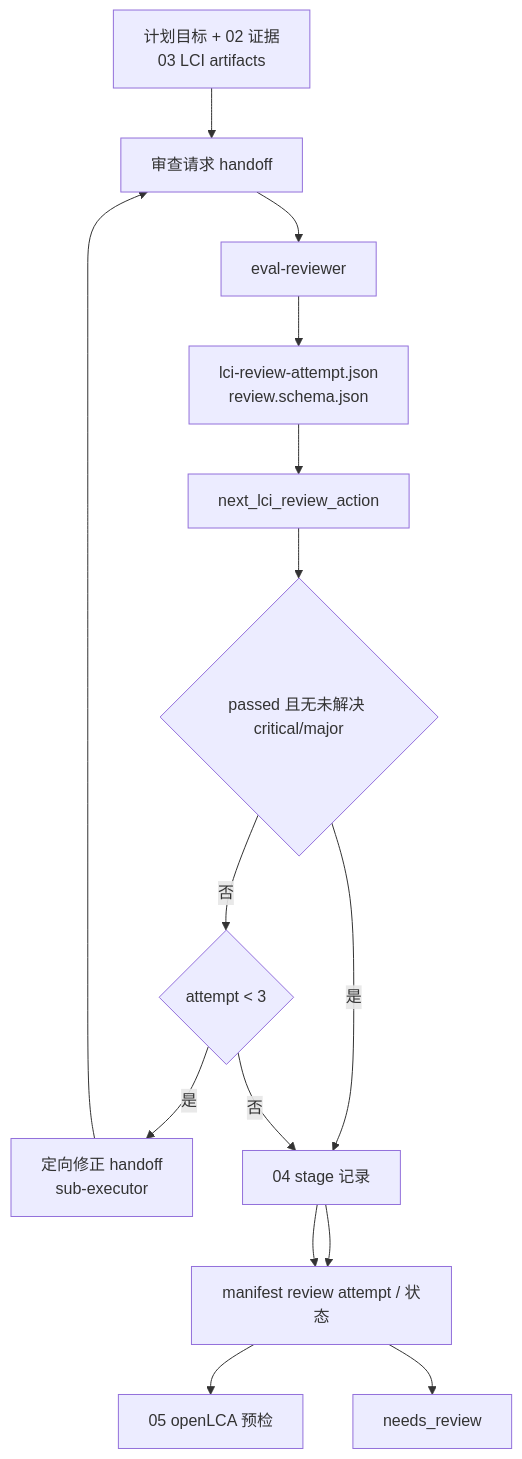
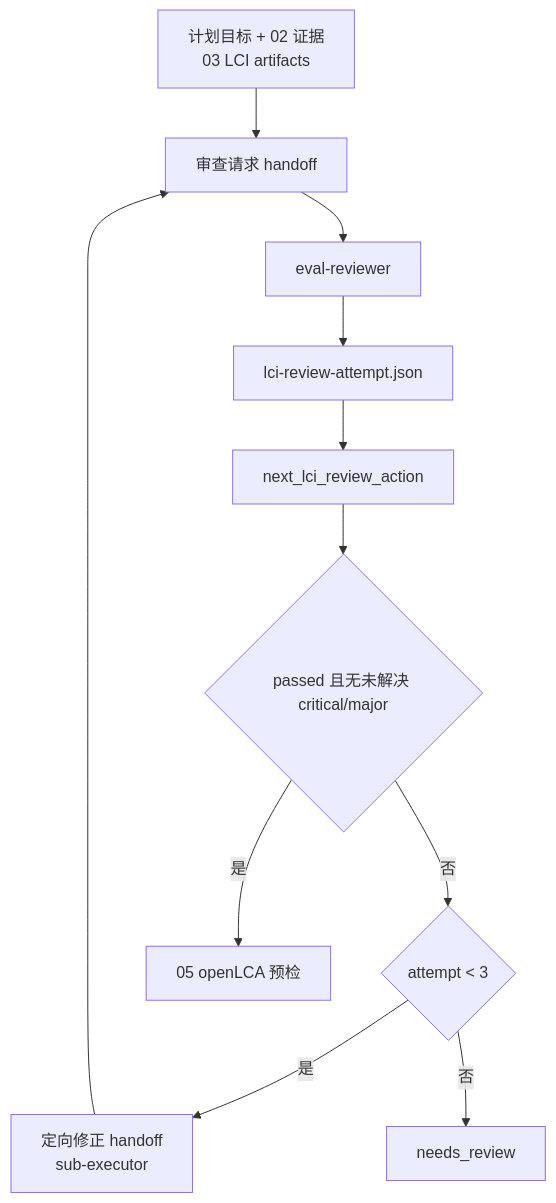
One commit to mrzed891194322/Harness-driven-LCA-dev-agents changed the diagram in harness/specs/04-lci-quality-evaluation/schema_mapping.md. Above: the diagram before and after it, drawn with Mermaid. The commit also changed other lines of this file and 100 other files, not shown here.

````diff
--- a/harness/specs/04-lci-quality-evaluation/schema_mapping.md
+++ b/harness/specs/04-lci-quality-evaluation/schema_mapping.md
@@ -7,21 +7,19 @@
 ```mermaid
 flowchart TD
     inputs["计划目标 + 02 证据<br/>03 LCI artifacts"]
     request["审查请求 handoff"]
     reviewer["eval-reviewer"]
-    review["lci-review-attempt.json<br/>review.schema.json"]
+    review["lci-review-attempt.json"]
     action["next_lci_review_action"]
     passed{"passed 且无未解决 critical/major"}
     attempt{"attempt < 3"}
     fix["定向修正 handoff<br/>sub-executor"]
     next["05 openLCA 预检"]
     stop["needs_review"]
-    stage["04 stage 记录"]
-    manifest["manifest review attempt / 状态"]
 
     inputs --> request --> reviewer --> review --> action --> passed
-    passed -->|是| stage --> manifest --> next
+    passed -->|是| next
     passed -->|否| attempt
     attempt -->|是| fix --> request
-    attempt -->|否| stage --> manifest --> stop
+    attempt -->|否| stop
 ```
````
